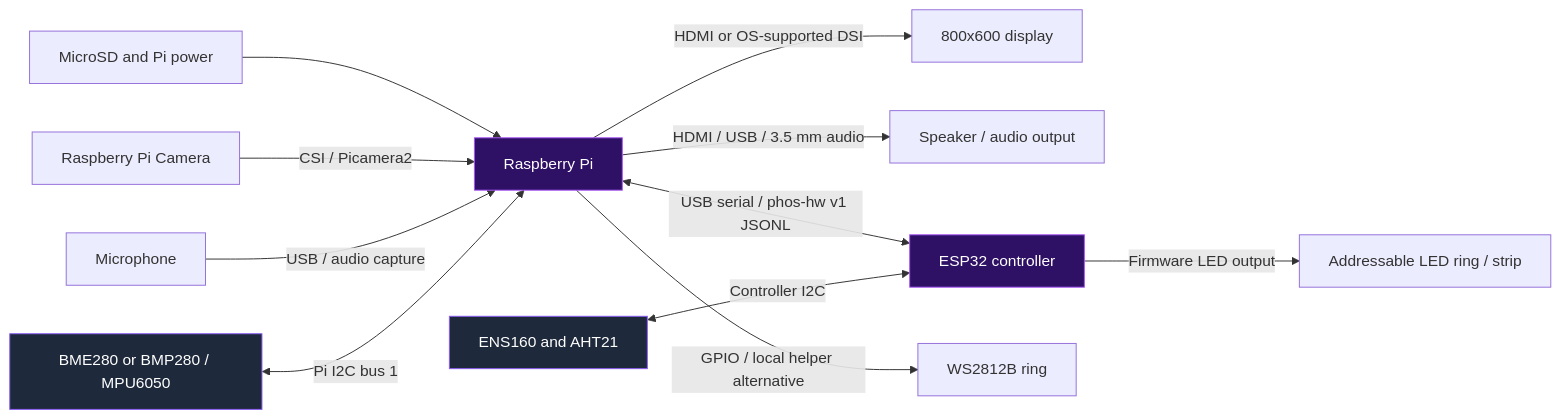
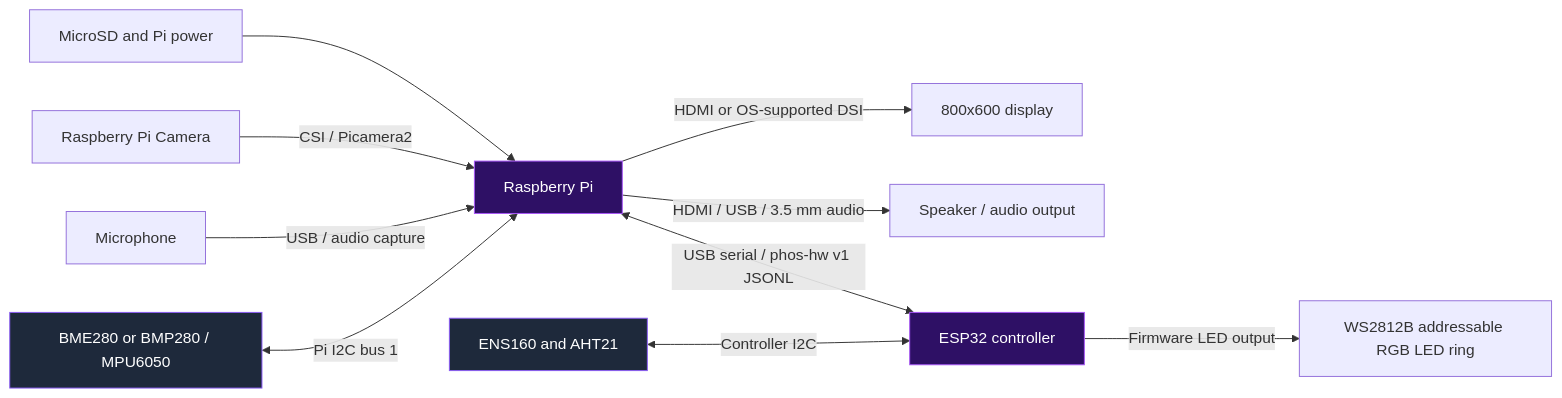
The diagram in docs/hardware-bom.md (phosairobot/phos), drawn with Mermaid before and after one commit. The commit also changed other lines of this file and 17 other files, not shown here.

Commit message:
docs: clarify that WS2812B LED ring connects to ESP32 controller rather than directly to Pi

````diff
--- a/docs/hardware-bom.md
+++ b/docs/hardware-bom.md
@@ -89,17 +88,16 @@
 ```mermaid
 flowchart LR
   storage[MicroSD and Pi power] --> pi[Raspberry Pi]
   camera[Raspberry Pi Camera] -->|CSI / Picamera2| pi
   pi -->|HDMI or OS-supported DSI| display[800x600 display]
   mic[Microphone] -->|USB / audio capture| pi
   pi -->|HDMI / USB / 3.5 mm audio| speaker[Speaker / audio output]
   sensors[BME280 or BMP280 / MPU6050] <-->|Pi I2C bus 1| pi
   pi <-->|USB serial / phos-hw v1 JSONL| esp[ESP32 controller]
   air[ENS160 and AHT21] <-->|Controller I2C| esp
-  esp -->|Firmware LED output| leds[Addressable LED ring / strip]
-  pi -->|GPIO / local helper alternative| ring[WS2812B ring]
+  esp -->|Firmware LED output| leds[WS2812B addressable RGB LED ring]
   style pi fill:#2e1065,stroke:#a855f7,color:#fff
   style esp fill:#2e1065,stroke:#a855f7,color:#fff
   style sensors fill:#1e293b,stroke:#8b5cf6,color:#fff
   style air fill:#1e293b,stroke:#8b5cf6,color:#fff
 ```
````
